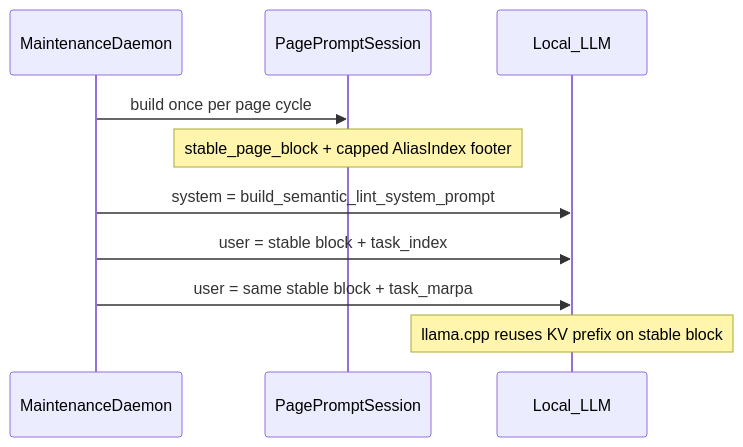
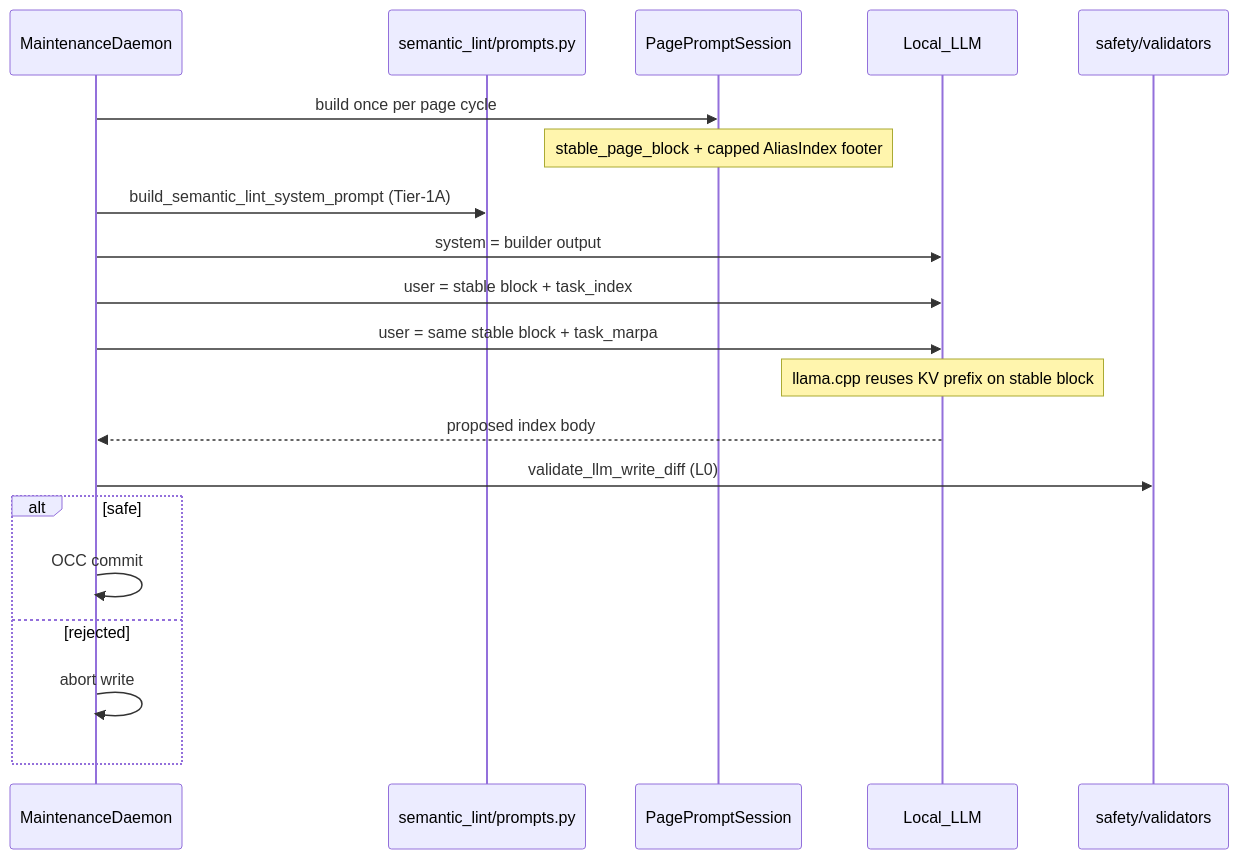
Diagram 14 of 18 in docs/ARCHITECTURE.md (blackwolf225/matryca-plumber), drawn with Mermaid before and after one commit. The commit also changed other lines of this file and 16 other files, not shown here.

````diff
--- a/docs/ARCHITECTURE.md
+++ b/docs/ARCHITECTURE.md
@@ -826,12 +828,22 @@
 ```mermaid
 sequenceDiagram
   participant D as MaintenanceDaemon
+  participant B as semantic_lint/prompts.py
   participant S as PagePromptSession
   participant L as Local_LLM
+  participant V as safety/validators
   D->>S: build once per page cycle
   Note over S: stable_page_block + capped AliasIndex footer
-  D->>L: system = build_semantic_lint_system_prompt
+  D->>B: build_semantic_lint_system_prompt (Tier-1A)
+  D->>L: system = builder output
   D->>L: user = stable block + task_index
   D->>L: user = same stable block + task_marpa
   Note over L: llama.cpp reuses KV prefix on stable block
+  L-->>D: proposed index body
+  D->>V: validate_llm_write_diff (L0)
+  alt safe
+    D->>D: OCC commit
+  else rejected
+    D->>D: abort write
+  end
 ```
````
